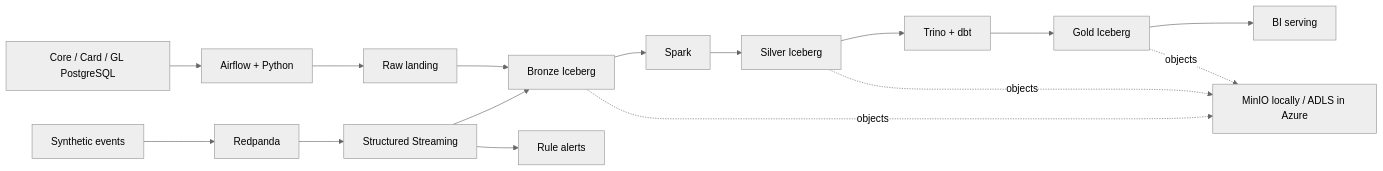
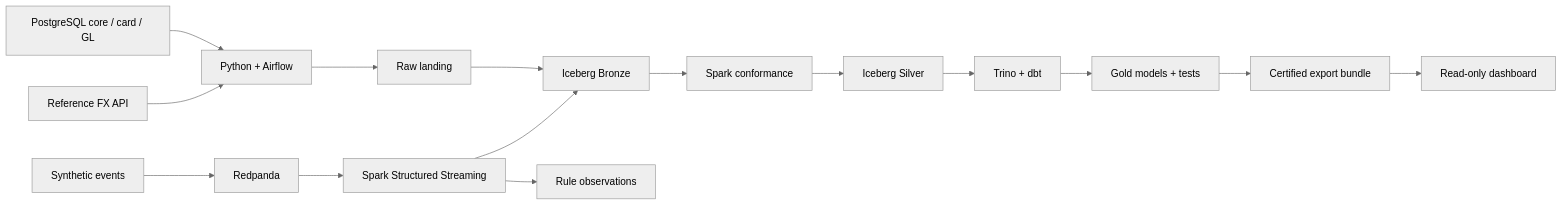
The diagram in README.md (longieoo/digital-banking-open-lakehouse), drawn with Mermaid (neutral theme) before and after one commit. The commit also changed other lines of this file, not shown here.

````diff
--- a/README.md
+++ b/README.md
@@ -39,11 +13,17 @@
 ```mermaid
 flowchart LR
-  Source[Core / Card / GL PostgreSQL] --> Airflow[Airflow + Python]
-  Airflow --> Raw[Raw landing] --> Bronze[Bronze Iceberg]
-  Bronze --> Spark[Spark] --> Silver[Silver Iceberg]
-  Silver --> Trino[Trino + dbt] --> Gold[Gold Iceberg] --> BI[BI serving]
-  Events[Synthetic events] --> Kafka[Redpanda] --> Stream[Structured Streaming]
-  Stream --> Bronze
-  Stream --> Risk[Rule alerts]
-  Bronze & Silver & Gold -. objects .-> Store[MinIO locally / ADLS in Azure]
+    PG[PostgreSQL core / card / GL] --> ING[Python + Airflow]
+    API[Reference FX API] --> ING
+    ING --> RAW[Raw landing]
+    RAW --> BR[Iceberg Bronze]
+    BR --> SP[Spark conformance]
+    SP --> SI[Iceberg Silver]
+    SI --> DBT[Trino + dbt]
+    DBT --> GO[Gold models + tests]
+    GO --> CERT[Certified export bundle]
+    CERT --> BI[Read-only dashboard]
+    EV[Synthetic events] --> RP[Redpanda]
+    RP --> SS[Spark Structured Streaming]
+    SS --> BR
+    SS --> RISK[Rule observations]
 ```
````
